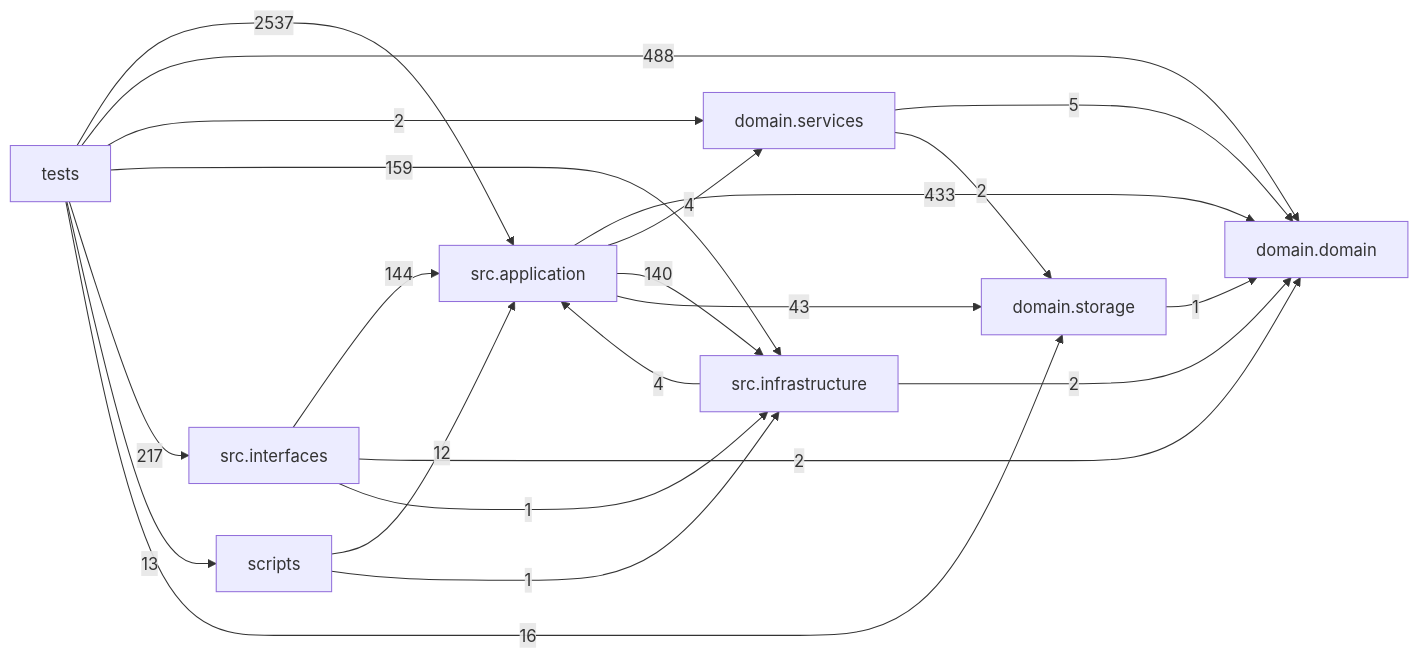
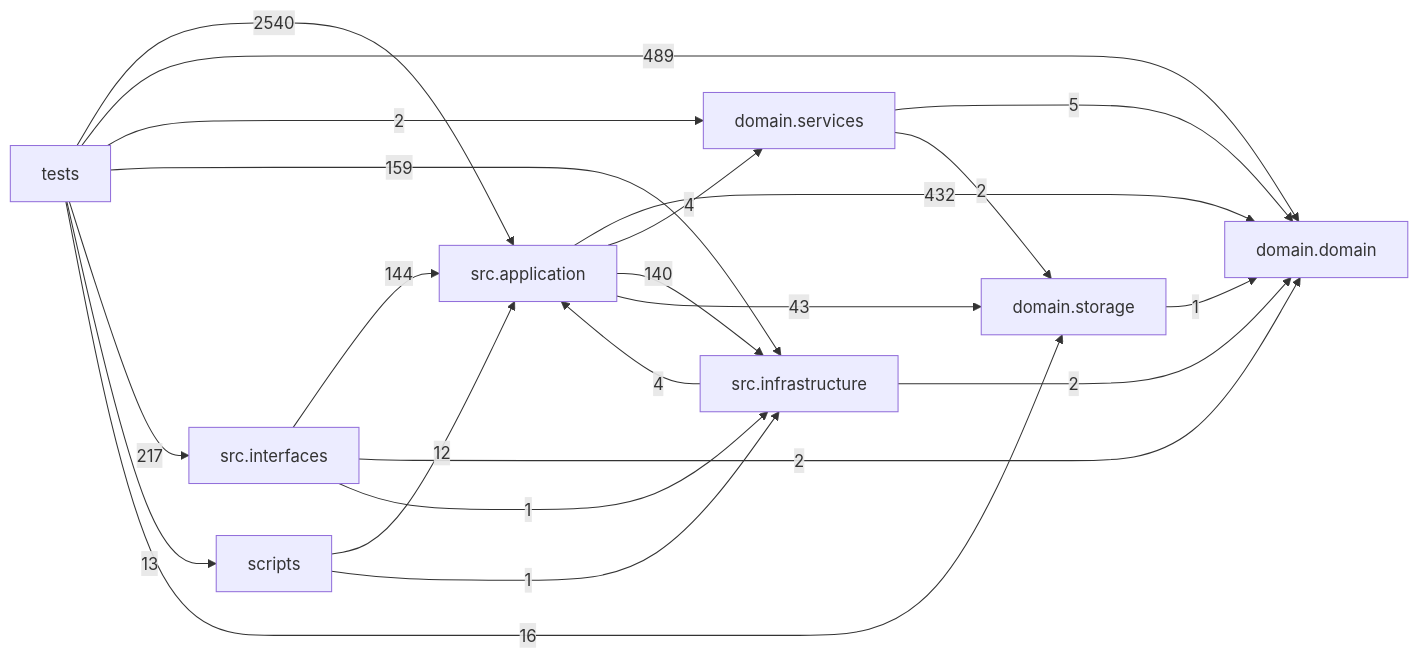
The diagram in docs/DEPENDENCY_GRAPH.md (liuxie066/options-monitor), drawn with Mermaid before and after one commit. The commit also changed other lines of this file and 32 other files, not shown here.

````diff
--- a/docs/DEPENDENCY_GRAPH.md
+++ b/docs/DEPENDENCY_GRAPH.md
@@ -24,32 +24,32 @@
 ```mermaid
 flowchart LR
   tests["tests"]
   scripts["scripts"]
   interfaces["src.interfaces"]
   application["src.application"]
   infrastructure["src.infrastructure"]
   domain_services["domain.services"]
   domain["domain.domain"]
   storage["domain.storage"]
-  application -->|433| domain
+  application -->|432| domain
   application -->|4| domain_services
   application -->|140| infrastructure
   application -->|43| storage
   domain_services -->|5| domain
   domain_services -->|2| storage
   infrastructure -->|4| application
   infrastructure -->|2| domain
   interfaces -->|144| application
   interfaces -->|2| domain
   interfaces -->|1| infrastructure
   scripts -->|12| application
   scripts -->|1| infrastructure
   storage -->|1| domain
-  tests -->|2537| application
-  tests -->|488| domain
+  tests -->|2540| application
+  tests -->|489| domain
   tests -->|2| domain_services
   tests -->|159| infrastructure
   tests -->|217| interfaces
   tests -->|13| scripts
   tests -->|16| storage
 ```
````
